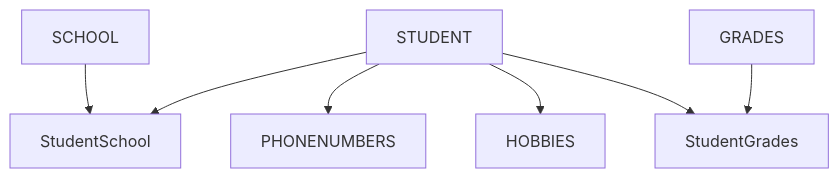
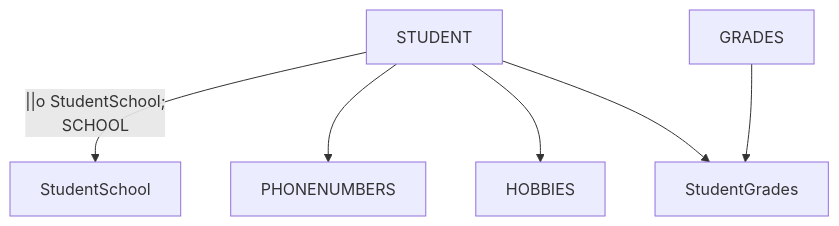
One commit to HannahDJU22/db2022-Projekt1 changed the diagram in README.md. Above: the diagram before and after it, drawn with Mermaid.

````diff
--- a/README.md
+++ b/README.md
@@ -5,9 +5,9 @@
 ```mermaid
 flowchart TD;
-STUDENT --> StudentSchool;
+STUDENT --||o StudentSchool;
 SCHOOL --> StudentSchool;
 STUDENT --> PHONENUMBERS;
 STUDENT --> HOBBIES;
 STUDENT --> StudentGrades;
 GRADES --> StudentGrades;
 ```
````
